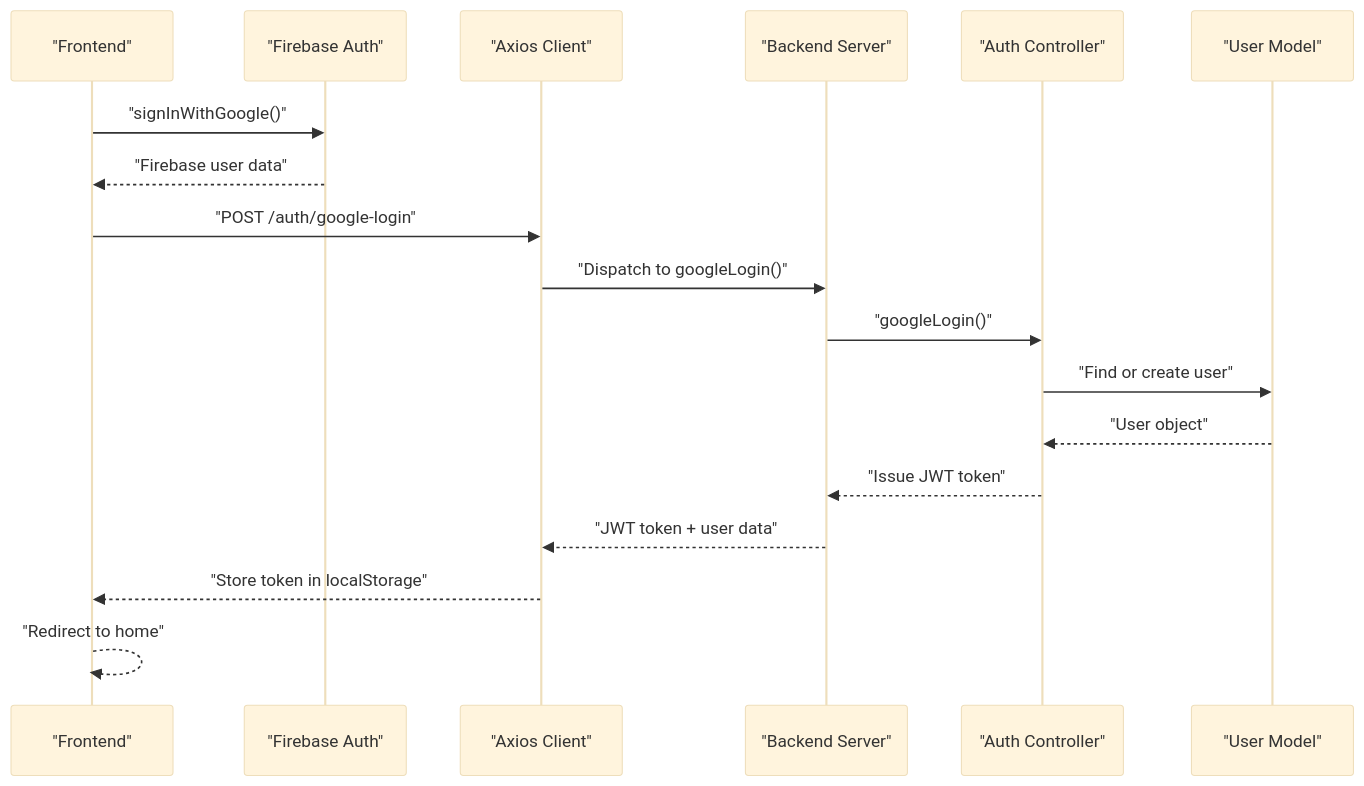
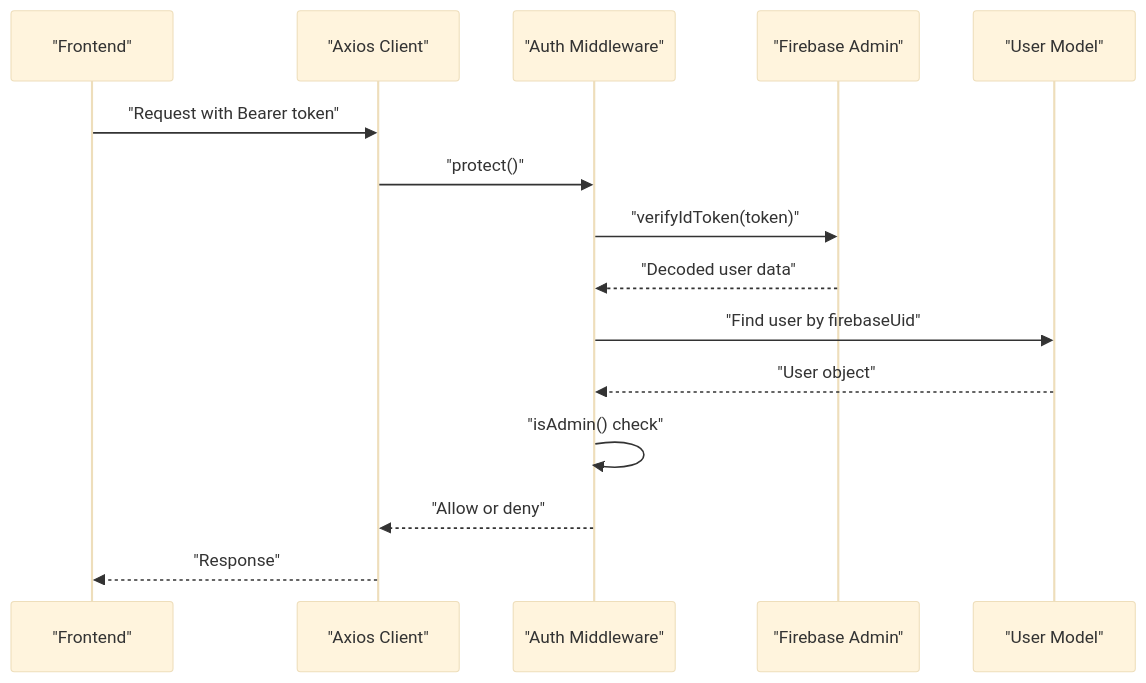
The fourth of 7 diagrams in .qoder/repowiki/en/content/Authentication & Authorization/Authentication & Authorization.md (Pavan-PSPK9032/TrendsandToss), drawn with Mermaid (base theme) before and after one commit. The commit also changed other lines of this file and 6 other files, not shown here.

Commit message:
Fix Firebase signUpWithEmail: use updateProfile from modular SDK v9+

````diff
--- a/.qoder/repowiki/en/content/Authentication & Authorization/Authentication & Authorization.md
+++ b/.qoder/repowiki/en/content/Authentication & Authorization/Authentication & Authorization.md
@@ -232,20 +219,17 @@
 ```mermaid
 sequenceDiagram
 participant FE as "Frontend"
-participant FB as "Firebase Auth"
 participant AX as "Axios Client"
-participant BE as "Backend Server"
-participant AC as "Auth Controller"
+participant AMW as "Auth Middleware"
+participant FB as "Firebase Admin"
 participant UM as "User Model"
-FE->>FB : "signInWithGoogle()"
-FB-->>FE : "Firebase user data"
-FE->>AX : "POST /auth/google-login"
-AX->>BE : "Dispatch to googleLogin()"
-BE->>AC : "googleLogin()"
-AC->>UM : "Find or create user"
-UM-->>AC : "User object"
-AC-->>BE : "Issue JWT token"
-BE-->>AX : "JWT token + user data"
-AX-->>FE : "Store token in localStorage"
-FE-->>FE : "Redirect to home"
+FE->>AX : "Request with Bearer token"
+AX->>AMW : "protect()"
+AMW->>FB : "verifyIdToken(token)"
+FB-->>AMW : "Decoded user data"
+AMW->>UM : "Find user by firebaseUid"
+UM-->>AMW : "User object"
+AMW->>AMW : "isAdmin() check"
+AMW-->>AX : "Allow or deny"
+AX-->>FE : "Response"
 ```
````
